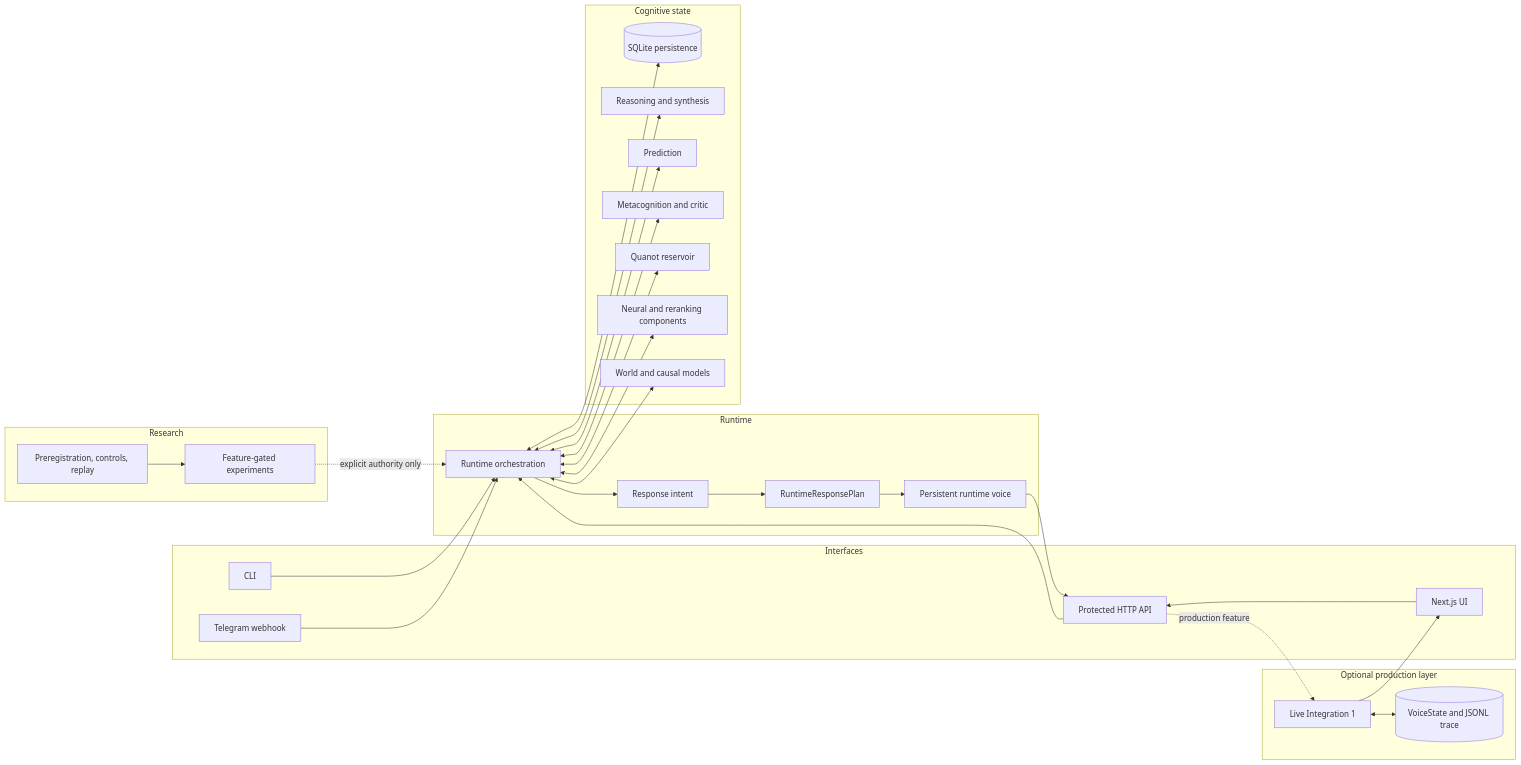
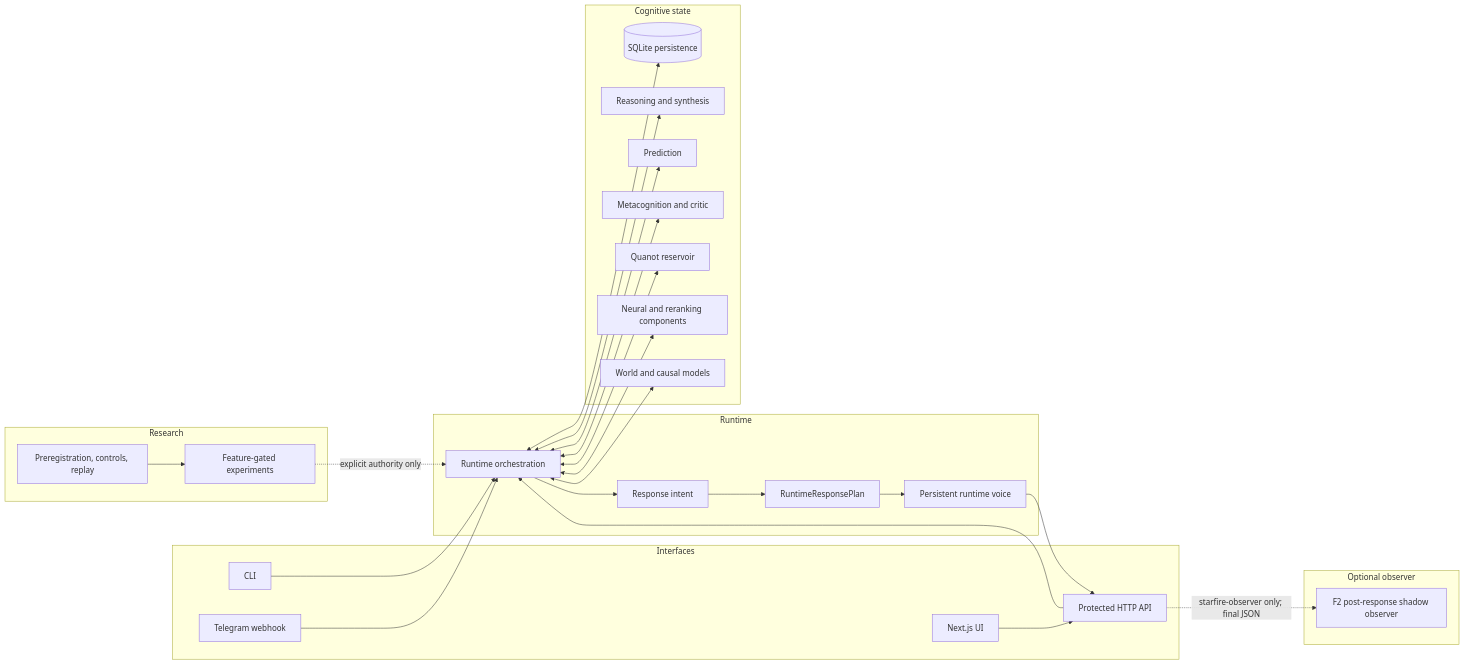
Before and after one commit to toxzak-svg/starfire: the diagram in docs/architecture.md, drawn with Mermaid. The commit also changed other lines of this file and 28 other files, not shown here.

First line of the commit message:
feat(runtime): establish direct response authority and replace live wrapper with F2 observer

````diff
--- a/docs/architecture.md
+++ b/docs/architecture.md
@@ -10,56 +10,54 @@
 ```mermaid
 flowchart LR
     subgraph Interfaces
         CLI[CLI]
         HTTP[Protected HTTP API]
         UI[Next.js UI]
         TG[Telegram webhook]
     end
 
     subgraph Runtime
         RT[Runtime orchestration]
         RI[Response intent]
         RP[RuntimeResponsePlan]
         RV[Persistent runtime voice]
     end
 
     subgraph Cognitive state
         PS[(SQLite persistence)]
         RE[Reasoning and synthesis]
         PR[Prediction]
         MC[Metacognition and critic]
         QU[Quanot reservoir]
         NN[Neural and reranking components]
         WM[World and causal models]
     end
 
-    subgraph Optional production layer
-        LIVE[Live Integration 1]
-        TRACE[(VoiceState and JSONL trace)]
+    subgraph Optional observer
+        F2[F2 post-response shadow observer]
     end
 
     subgraph Research
         EXP[Feature-gated experiments]
         GATE[Preregistration, controls, replay]
     end
 
     UI --> HTTP
     CLI --> RT
     HTTP --> RT
     TG --> RT
 
     RT <--> PS
     RT <--> RE
     RT <--> PR
     RT <--> MC
     RT <--> QU
     RT <--> NN
     RT <--> WM
 
     RT --> RI --> RP --> RV --> HTTP
-    HTTP -. production feature .-> LIVE --> UI
-    LIVE <--> TRACE
+    HTTP -. starfire-observer only; final JSON .-> F2
 
     GATE --> EXP
     EXP -. explicit authority only .-> RT
 ```
````
